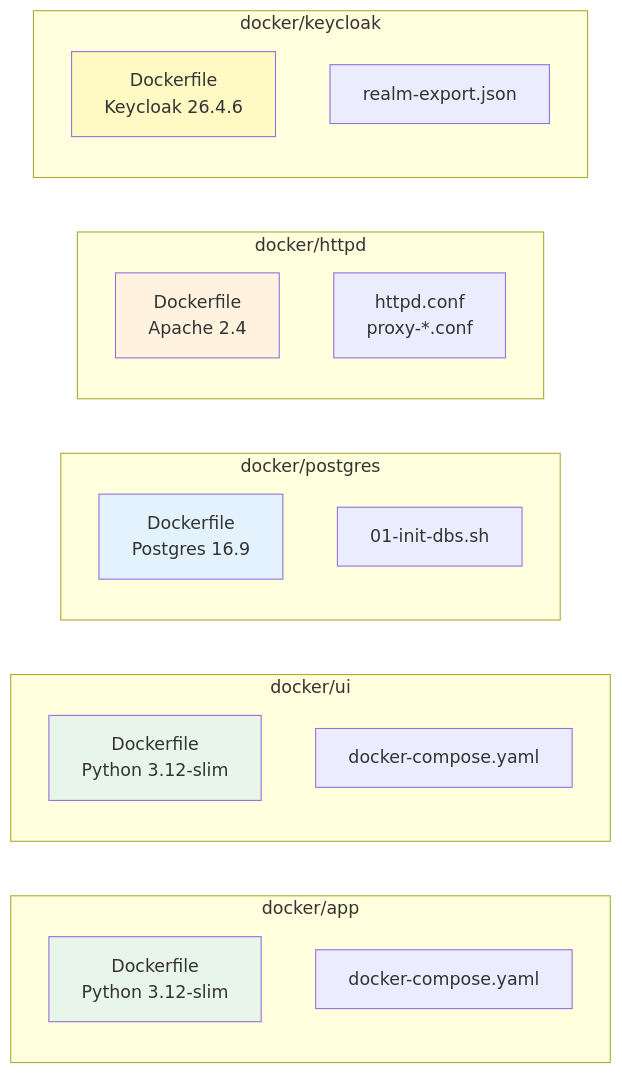
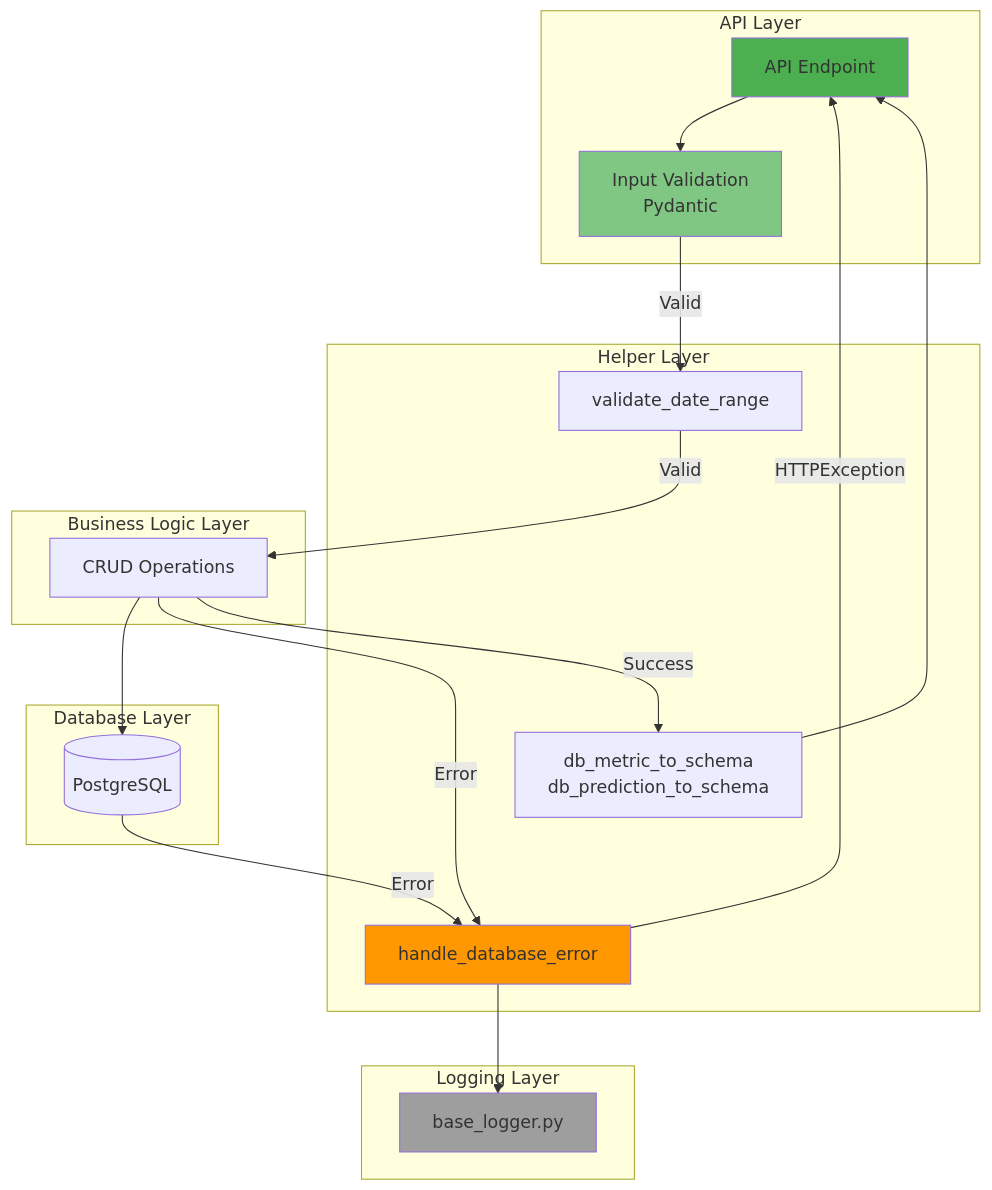
One commit to sweetd0vee/dashboard changed diagram 11 of 16 in docs/ARCHITECTURE.md. Above: the diagram before and after it, drawn with Mermaid. The commit also changed other lines of this file, not shown here.

Commit message:
added architecture

````diff
--- a/docs/ARCHITECTURE.md
+++ b/docs/ARCHITECTURE.md
@@ -437,33 +673,43 @@
 ```mermaid
-graph LR
-    subgraph "docker/app"
-        AppDockerfile[Dockerfile<br/>Python 3.12-slim]
-        AppCompose[docker-compose.yaml]
+graph TB
+    subgraph "API Layer"
+        Endpoint[API Endpoint]
+        Validator[Input Validation<br/>Pydantic]
     end
     
-    subgraph "docker/ui"
-        UIDockerfile[Dockerfile<br/>Python 3.12-slim]
-        UICompose[docker-compose.yaml]
+    subgraph "Helper Layer"
+        DateValidator[validate_date_range]
+        ErrorHandler[handle_database_error]
+        SchemaConverter[db_metric_to_schema<br/>db_prediction_to_schema]
     end
     
-    subgraph "docker/postgres"
-        PGDockerfile[Dockerfile<br/>Postgres 16.9]
-        PGInit[01-init-dbs.sh]
+    subgraph "Business Logic Layer"
+        CRUD[CRUD Operations]
     end
     
-    subgraph "docker/httpd"
-        HTTPdDockerfile[Dockerfile<br/>Apache 2.4]
-        HTTPdConf[httpd.conf<br/>proxy-*.conf]
+    subgraph "Database Layer"
+        DB[(PostgreSQL)]
     end
     
-    subgraph "docker/keycloak"
-        KCDockerfile[Dockerfile<br/>Keycloak 26.4.6]
-        KCRealm[realm-export.json]
+    subgraph "Logging Layer"
+        Logger[base_logger.py]
     end
     
-    style AppDockerfile fill:#e8f5e9
-    style UIDockerfile fill:#e8f5e9
-    style PGDockerfile fill:#e3f2fd
-    style HTTPdDockerfile fill:#fff3e0
-    style KCDockerfile fill:#fff9c4
+    Endpoint --> Validator
+    Validator -->|Valid| DateValidator
+    DateValidator -->|Valid| CRUD
+    CRUD --> DB
+    
+    CRUD -->|Error| ErrorHandler
+    DB -->|Error| ErrorHandler
+    ErrorHandler --> Logger
+    ErrorHandler -->|HTTPException| Endpoint
+    
+    CRUD -->|Success| SchemaConverter
+    SchemaConverter --> Endpoint
+    
+    style Endpoint fill:#4caf50
+    style Validator fill:#81c784
+    style ErrorHandler fill:#ff9800
+    style Logger fill:#9e9e9e
 ```
````
